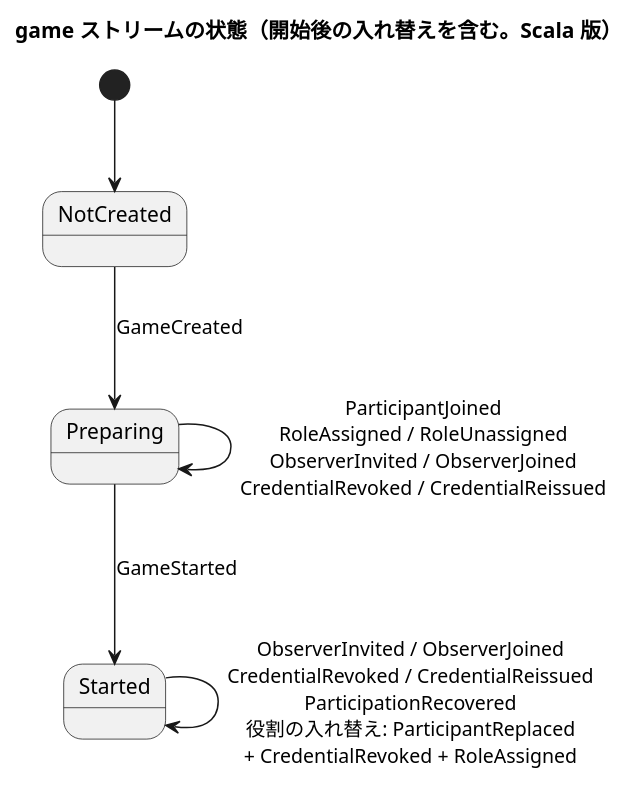
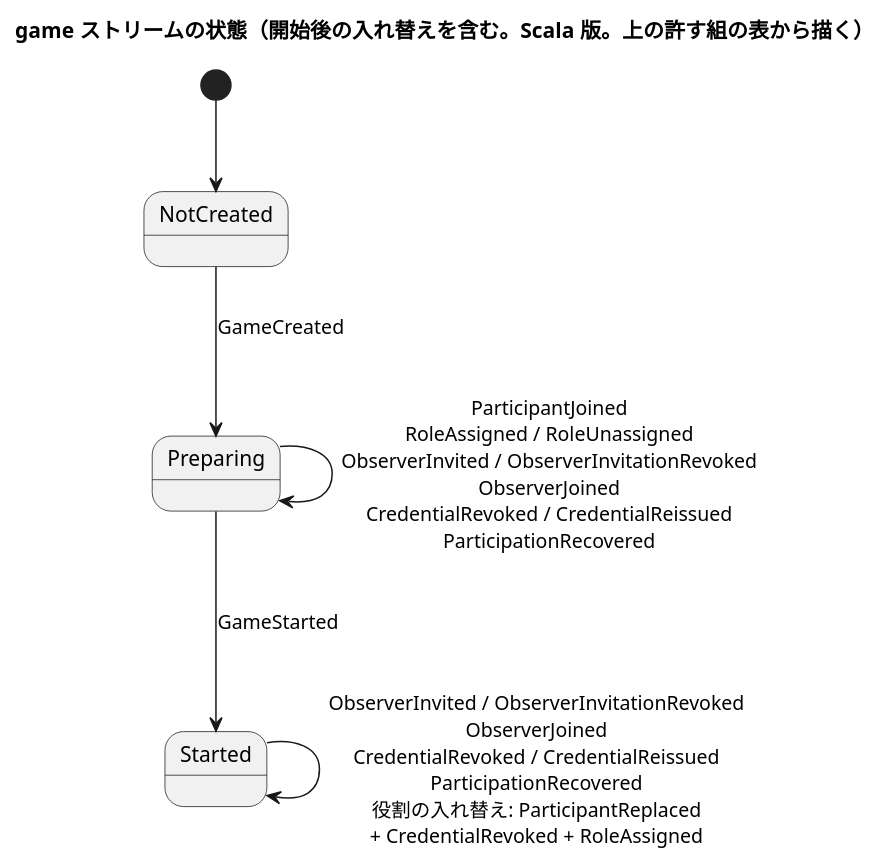
The second of 2 diagrams in docs/design/beer-game-scala/domain-model.md (k2works/case-study-beer-game-simulation), drawn with PlantUML before and after one commit. The commit also changed other lines of this file and 15 other files, not shown here.

First line of the commit message:
docs(beer-game-scala): 再レビューの高 8 件を設計書に反映する

````diff
--- a/docs/design/beer-game-scala/domain-model.md
+++ b/docs/design/beer-game-scala/domain-model.md
@@ -285,10 +340,10 @@
 ```plantuml
 @startuml
-title game ストリームの状態（開始後の入れ替えを含む。Scala 版）
+title game ストリームの状態（開始後の入れ替えを含む。Scala 版。上の許す組の表から描く）
 [*] --> NotCreated
 NotCreated --> Preparing : GameCreated
-Preparing --> Preparing : ParticipantJoined\nRoleAssigned / RoleUnassigned\nObserverInvited / ObserverJoined\nCredentialRevoked / CredentialReissued
+Preparing --> Preparing : ParticipantJoined\nRoleAssigned / RoleUnassigned\nObserverInvited / ObserverInvitationRevoked\nObserverJoined\nCredentialRevoked / CredentialReissued\nParticipationRecovered
 Preparing --> Started : GameStarted
-Started --> Started : ObserverInvited / ObserverJoined\nCredentialRevoked / CredentialReissued\nParticipationRecovered\n役割の入れ替え: ParticipantReplaced\n+ CredentialRevoked + RoleAssigned
+Started --> Started : ObserverInvited / ObserverInvitationRevoked\nObserverJoined\nCredentialRevoked / CredentialReissued\nParticipationRecovered\n役割の入れ替え: ParticipantReplaced\n+ CredentialRevoked + RoleAssigned
 @enduml
 ```
````
